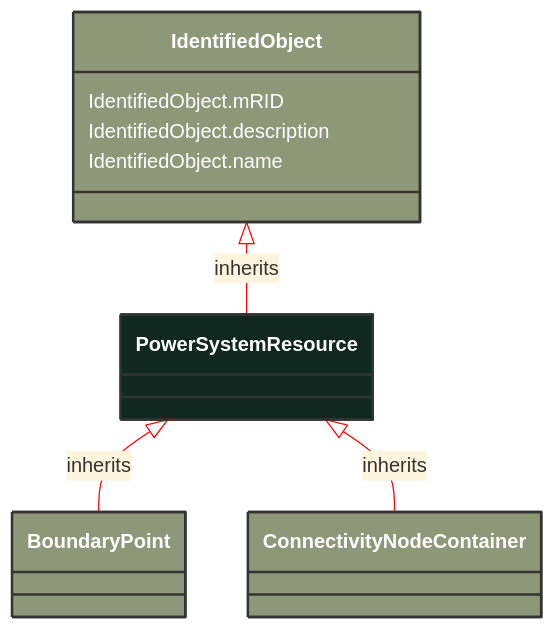
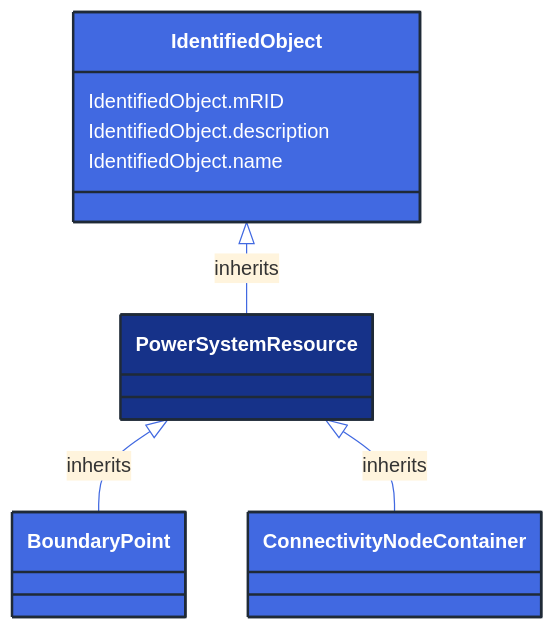
Before and after one commit to 3lbits/NoCIMExtensions: the diagram in docs/Models/Profiles/EquipmentBoundary/AbstractClasses/PowerSystemResource.md, drawn with Mermaid. The commit also changed 362 other files, not shown here.

First line of the commit message:
Update diagrams and styles for improved visual consistency

````diff
--- a/docs/Models/Profiles/EquipmentBoundary/AbstractClasses/PowerSystemResource.md
+++ b/docs/Models/Profiles/EquipmentBoundary/AbstractClasses/PowerSystemResource.md
@@ -10,29 +10,29 @@
 ```mermaid
-%%{init: {'theme':'base','themeVariables': {'lineColor': '#FF0000'}}}%%
+%%{init: {'theme':'base','themeVariables': {'lineColor': '#4169E1'}}}%%
 classDiagram
     class PowerSystemResource
     click PowerSystemResource href "/Models/Profiles/EquipmentBoundary/AbstractClasses/PowerSystemResource/"
-    style PowerSystemResource fill:#102820,stroke:#333,stroke-width:2px,rx:10,ry:10,color:white
+    style PowerSystemResource fill:#163289,stroke:#1F2A37,stroke-width:2px,rx:10,ry:10,color:white
 
         PowerSystemResource <|-- BoundaryPoint : inherits
 
         BoundaryPoint
             click BoundaryPoint href "/Models/Profiles/EquipmentBoundary/ConcreteClasses/BoundaryPoint/"
-            style BoundaryPoint fill:#8F9779,stroke:#333,stroke-width:2px,rx:10,ry:10,color:white
+            style BoundaryPoint fill:#4169E1,stroke:#1F2A37,stroke-width:2px,rx:10,ry:10,color:white
 
         PowerSystemResource <|-- ConnectivityNodeContainer : inherits
 
         ConnectivityNodeContainer
             click ConnectivityNodeContainer href "/Models/Profiles/EquipmentBoundary/AbstractClasses/ConnectivityNodeContainer/"
-            style ConnectivityNodeContainer fill:#8F9779,stroke:#333,stroke-width:2px,rx:10,ry:10,color:white
+            style ConnectivityNodeContainer fill:#4169E1,stroke:#1F2A37,stroke-width:2px,rx:10,ry:10,color:white
      
         IdentifiedObject <|-- PowerSystemResource : inherits
             click IdentifiedObject href "/Models/Profiles/EquipmentBoundary/AbstractClasses/IdentifiedObject/"
-            style IdentifiedObject fill:#8F9779,stroke:#333,stroke-width:2px,rx:10,ry:10,color:white
+            style IdentifiedObject fill:#4169E1,stroke:#1F2A37,stroke-width:2px,rx:10,ry:10,color:white
 
 
 
         IdentifiedObject : IdentifiedObject.mRID
         IdentifiedObject : IdentifiedObject.description
         IdentifiedObject : IdentifiedObject.name
 ```
````
